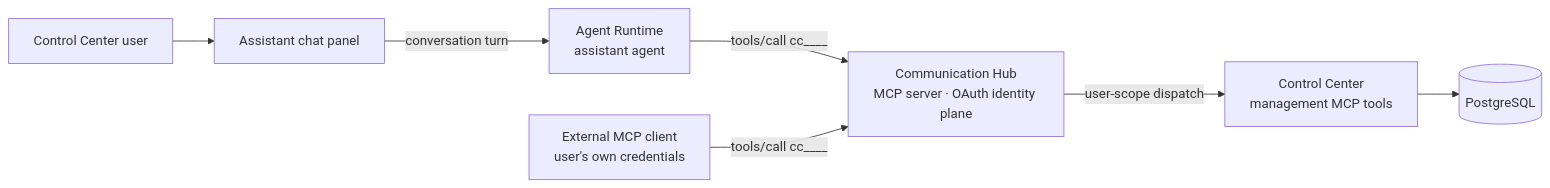
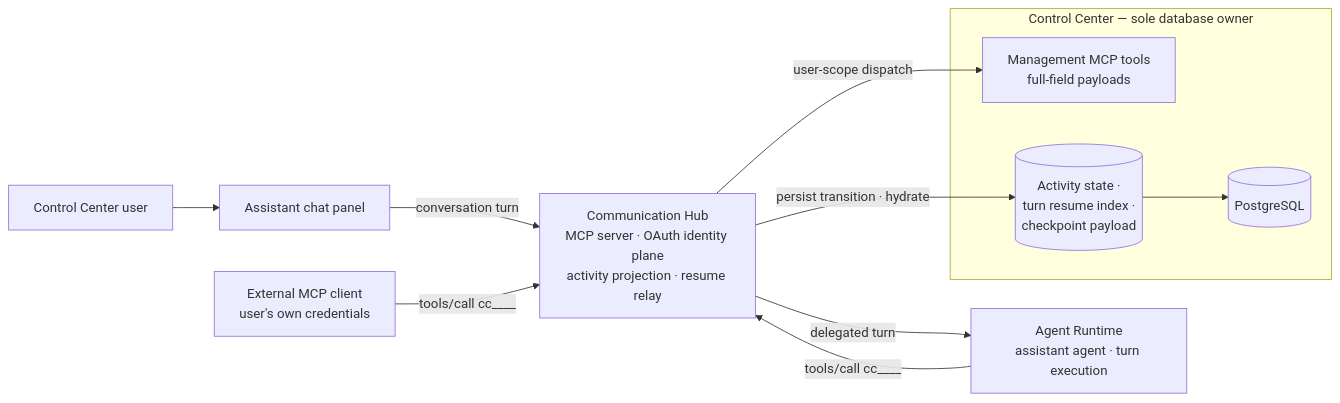
One commit to hurungang/parthenon changed the ninth of 13 diagrams in docs/master/architecture/system-overview.md. Above: the diagram before and after it, drawn with Mermaid. The commit also changed other lines of this file and 414 other files, not shown here.

````diff
--- a/docs/master/architecture/system-overview.md
+++ b/docs/master/architecture/system-overview.md
@@ -202,17 +277,23 @@
 ```mermaid
 flowchart LR
     U[Control Center user]
     UI[Assistant chat panel]
-    AR["Agent Runtime<br/>assistant agent"]
-    CH["Communication Hub<br/>MCP server · OAuth identity plane"]
-    CC["Control Center<br/>management MCP tools"]
+    AR["Agent Runtime<br/>assistant agent · turn execution"]
+    CH["Communication Hub<br/>MCP server · OAuth identity plane<br/>activity projection · resume relay"]
     EXT["External MCP client<br/>user's own credentials"]
-    DB[(PostgreSQL)]
+
+    subgraph CC["Control Center — sole database owner"]
+        MT["Management MCP tools<br/>full-field payloads"]
+        ACT[("Activity state ·<br/>turn resume index ·<br/>checkpoint payload")]
+        DB[(PostgreSQL)]
+    end
 
     U --> UI
-    UI -->|"conversation turn"| AR
+    UI -->|"conversation turn"| CH
+    CH -->|"delegated turn"| AR
     AR -->|"tools/call cc____"| CH
     EXT -->|"tools/call cc____"| CH
-    CH -->|"user-scope dispatch"| CC
-    CC --> DB
+    CH -->|"user-scope dispatch"| MT
+    CH -->|"persist transition · hydrate"| ACT
+    ACT --> DB
 ```
````
